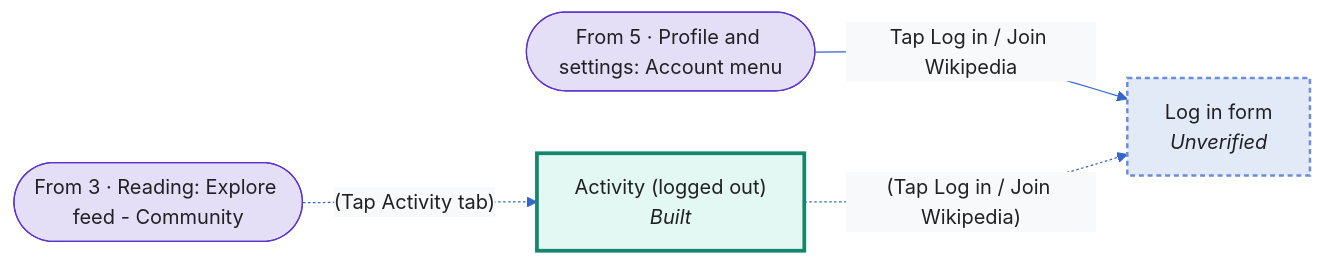
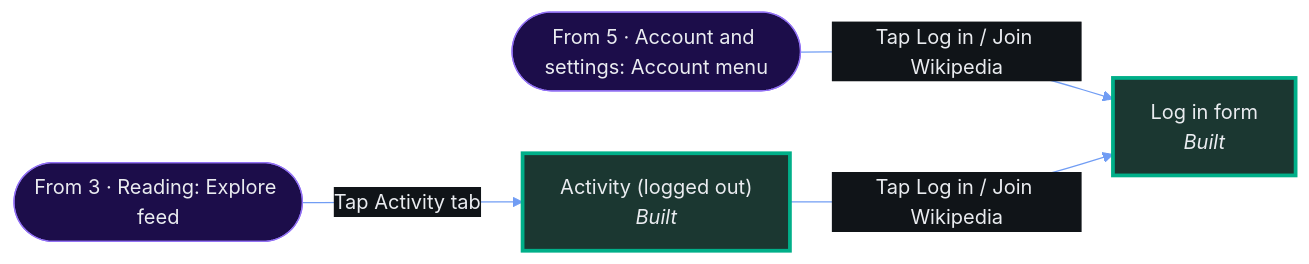
Before and after one commit to enjojoy/user-story-maps: the fifth of 8 diagrams in examples/wikipedia-ios/generated/story-map.md, drawn with Mermaid. The commit also changed other lines of this file and 114 other files, not shown here.

First line of the commit message:
No white cards behind devices; dark theme option; remake Wikipedia example in black

````diff
--- a/examples/wikipedia-ios/generated/story-map.md
+++ b/examples/wikipedia-ios/generated/story-map.md
@@ -215,16 +205,16 @@
 ```mermaid
-%%{init: {"theme":"base","themeVariables":{"fontFamily":"Helvetica","fontSize":"16px","primaryColor":"#FFFFFF","primaryTextColor":"#202122","primaryBorderColor":"#3366CC","lineColor":"#3366CC","secondaryColor":"#F8F9FA","tertiaryColor":"#F0F2F4"}}}%%
+%%{init: {"theme":"base","themeVariables":{"fontFamily":"Helvetica","fontSize":"16px","primaryColor":"#000000","primaryTextColor":"#EAECF0","primaryBorderColor":"#719DF4","lineColor":"#719DF4","secondaryColor":"#101418","tertiaryColor":"#1A1A1A"}}}%%
 flowchart LR
   n_activity["Activity (logged out)<br/><i>Built</i>"]:::built
-  n_login["Log in form<br/><i>Unverified</i>"]:::unverified
-  n_in_profile(["From 5 · Profile and settings: Account menu"]):::portal
-  n_in_home(["From 3 · Reading: Explore feed - Community"]):::portal
+  n_login["Log in form<br/><i>Built</i>"]:::built
+  n_in_profile(["From 5 · Account and settings: Account menu"]):::portal
+  n_in_home(["From 3 · Reading: Explore feed"]):::portal
   n_in_profile -->|"Tap Log in / Join Wikipedia"| n_login
-  n_activity -.->|"(Tap Log in / Join Wikipedia)"| n_login
-  n_in_home -.->|"(Tap Activity tab)"| n_activity
-  classDef built fill:#E3F7F3,stroke:#14866D,stroke-width:3px,color:#202122;
-  classDef partly fill:#F7F2E3,stroke:#D9A300,stroke-width:3px,color:#202122;
-  classDef unverified fill:#E3EAF7,stroke:#6B8FD6,stroke-width:2px,stroke-dasharray:4 3,color:#202122;
-  classDef missing fill:#E3ECF7,stroke:#72777D,stroke-width:2px,stroke-dasharray:5 4,color:#202122;
-  classDef portal fill:#E4DEF7,stroke:#5933CC,color:#202122;
+  n_activity -->|"Tap Log in / Join Wikipedia"| n_login
+  n_in_home -->|"Tap Activity tab"| n_activity
+  classDef built fill:#1B3731,stroke:#00AF89,stroke-width:3px,color:#EAECF0;
+  classDef partly fill:#37301B,stroke:#FFCC33,stroke-width:3px,color:#EAECF0;
+  classDef unverified fill:#1B2437,stroke:#6699FF,stroke-width:2px,stroke-dasharray:4 3,color:#EAECF0;
+  classDef missing fill:#1B2837,stroke:#A2A9B1,stroke-width:2px,stroke-dasharray:5 4,color:#EAECF0;
+  classDef portal fill:#1C0D4A,stroke:#9271F4,color:#EAECF0;
 ```
````
